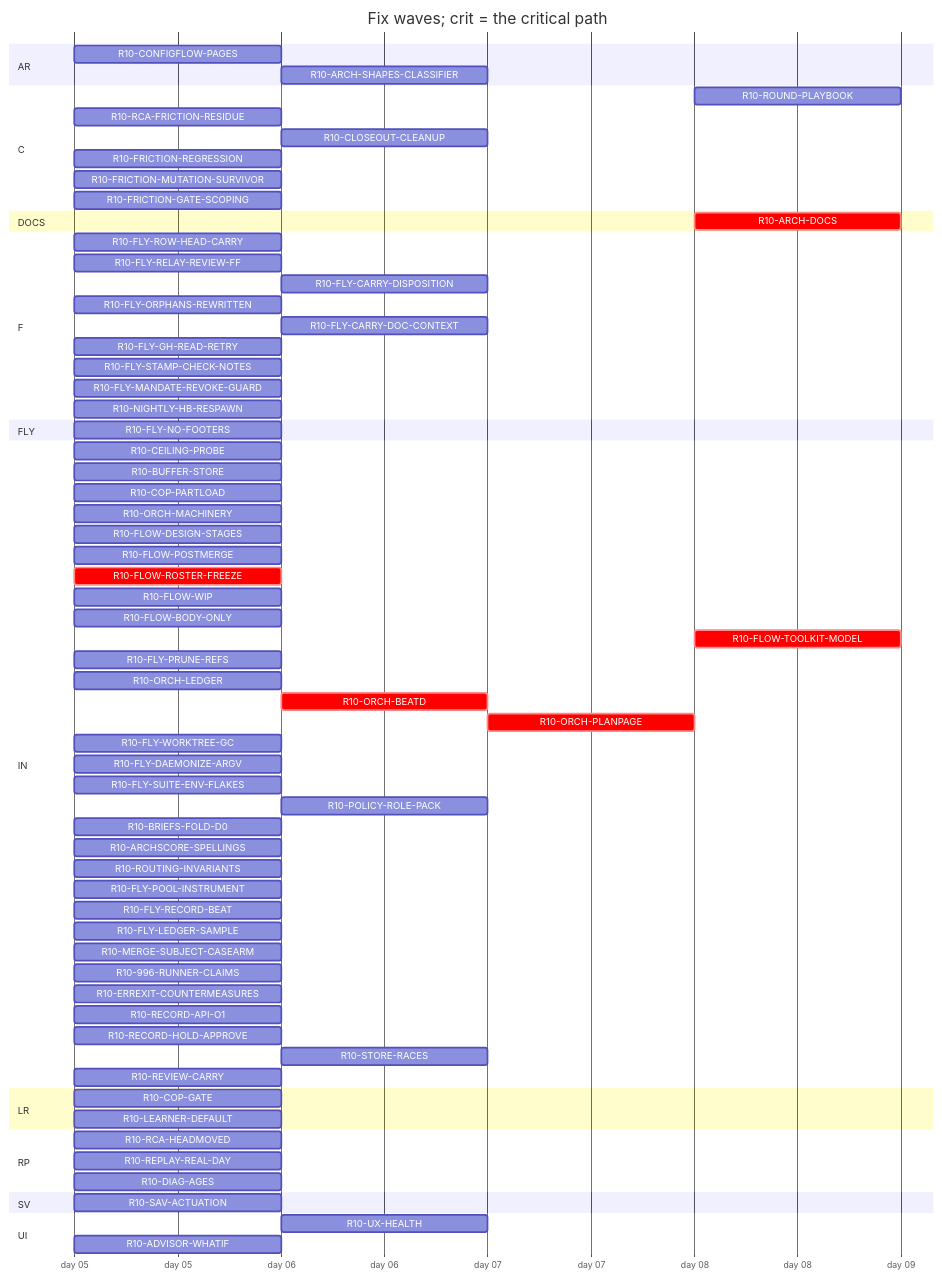
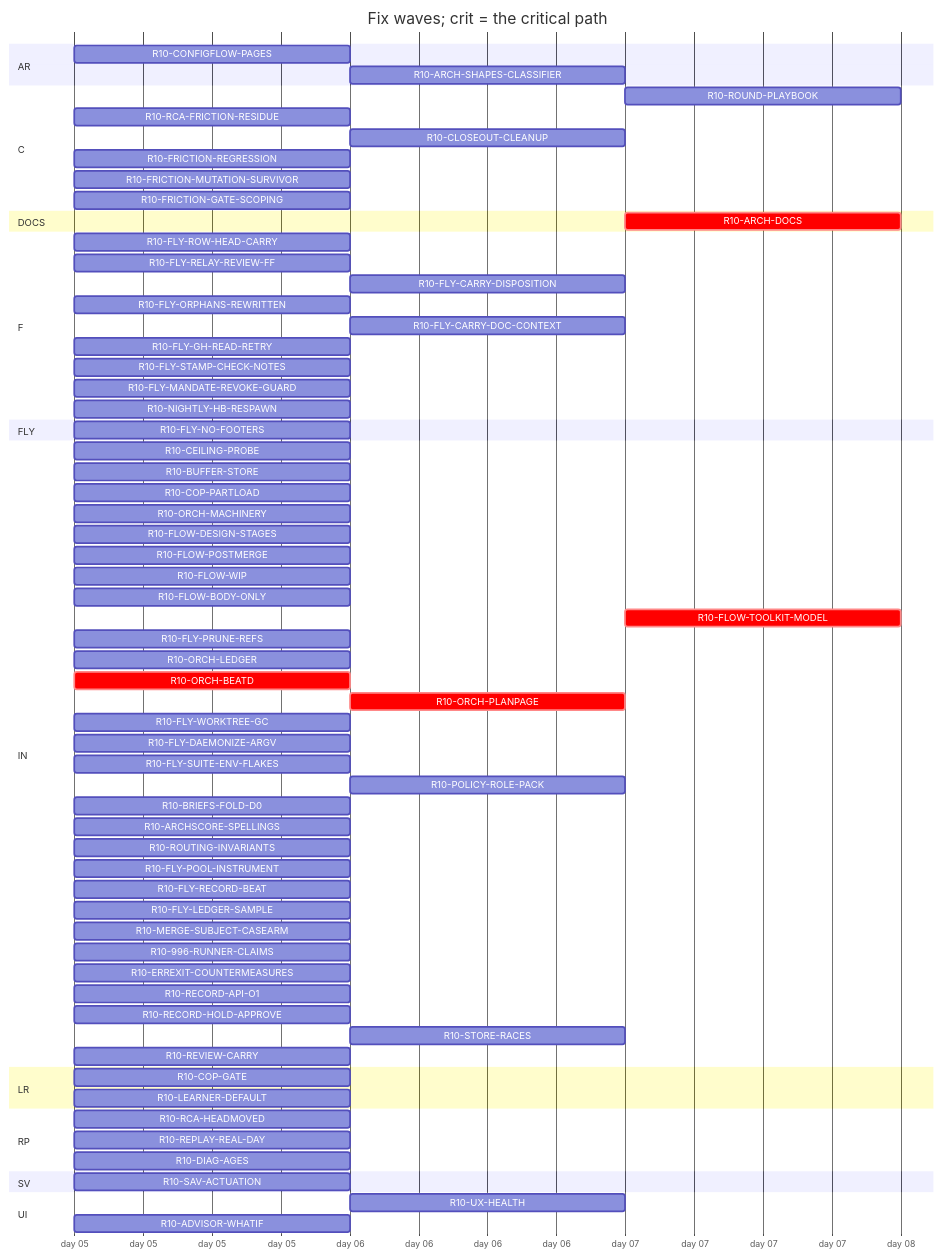
The diagram in handoff/round10/state/PLAN-TABLE.md (tvofi/heatpump_optimizer), drawn with Mermaid before and after one commit. The commit also changed other lines of this file and 3 other files, not shown here.

Commit message:
state: FLOW-BOARD.md, NEXT-SESSION-PROMPT.md, PLAN-TABLE.md, RESUME-CURRENT.md regenerated (state_docs.py)

````diff
--- a/handoff/round10/state/PLAN-TABLE.md
+++ b/handoff/round10/state/PLAN-TABLE.md
@@ -23,74 +23,73 @@
 ```mermaid
 gantt
   title Fix waves; crit = the critical path
   dateFormat YYYY-MM-DD
   axisFormat day %d
   section AR
     R10-CONFIGFLOW-PAGES :r10CONFIGFLOWPAGES, 2026-01-05, 1d
     R10-ARCH-SHAPES-CLASSIFIER :r10ARCHSHAPESCLASSIFIER, after r10996RUNNERCLAIMS, 1d
   section C
-    R10-ROUND-PLAYBOOK :r10ROUNDPLAYBOOK, after r10ORCHLEDGER r10ORCHBEATD r10ORCHPLANPAGE r10FLYRELAYREVIEWFF r10FLOWROSTERFREEZE r10FLOWBODYONLY, 1d
+    R10-ROUND-PLAYBOOK :r10ROUNDPLAYBOOK, after r10ORCHLEDGER r10ORCHBEATD r10ORCHPLANPAGE r10FLYRELAYREVIEWFF r10FLOWBODYONLY, 1d
     R10-RCA-FRICTION-RESIDUE :r10RCAFRICTIONRESIDUE, 2026-01-05, 1d
     R10-CLOSEOUT-CLEANUP :r10CLOSEOUTCLEANUP, after r10FLYPRUNEREFS r10FLYWORKTREEGC, 1d
     R10-FRICTION-REGRESSION :r10FRICTIONREGRESSION, 2026-01-05, 1d
     R10-FRICTION-MUTATION-SURVIVOR :r10FRICTIONMUTATIONSURVIVOR, 2026-01-05, 1d
     R10-FRICTION-GATE-SCOPING :r10FRICTIONGATESCOPING, 2026-01-05, 1d
   section DOCS
-    R10-ARCH-DOCS :crit, r10ARCHDOCS, after r10COPGATE r10UXHEALTH r10CONFIGFLOWPAGES r10RCAHEADMOVED r10CEILINGPROBE r10BUFFERSTORE r10COPPARTLOAD r10LEARNERDEFAULT r10FLOWDESIGNSTAGES r10FLOWPOSTMERGE r10FLOWROSTERFREEZE r10FLOWWIP r10FLOWBODYONLY r10FLYROWHEADCARRY r10FLYRELAYREVIEWFF r10FLYCARRYDISPOSITION r10FLYORPHANSREWRITTEN r10FLYCARRYDOCCONTEXT r10FLOWTOOLKITMODEL r10FLYSTAMPCHECKNOTES r10FLYMANDATEREVOKEGUARD r10RCAFRICTIONRESIDUE r10NIGHTLYHBRESPAWN r10FLYPRUNEREFS r10ORCHLEDGER r10ORCHBEATD r10ORCHPLANPAGE r10FLYWORKTREEGC r10FLYDAEMONIZEARGV r10POLICYROLEPACK r10BRIEFSFOLDD0 r10REPLAYREALDAY r10ARCHSCORESPELLINGS r10SAVACTUATION r10FLYLEDGERSAMPLE, 1d
+    R10-ARCH-DOCS :crit, r10ARCHDOCS, after r10COPGATE r10UXHEALTH r10CONFIGFLOWPAGES r10RCAHEADMOVED r10CEILINGPROBE r10BUFFERSTORE r10COPPARTLOAD r10LEARNERDEFAULT r10FLOWDESIGNSTAGES r10FLOWPOSTMERGE r10FLOWWIP r10FLOWBODYONLY r10FLYROWHEADCARRY r10FLYRELAYREVIEWFF r10FLYCARRYDISPOSITION r10FLYORPHANSREWRITTEN r10FLYCARRYDOCCONTEXT r10FLOWTOOLKITMODEL r10FLYSTAMPCHECKNOTES r10FLYMANDATEREVOKEGUARD r10RCAFRICTIONRESIDUE r10NIGHTLYHBRESPAWN r10FLYPRUNEREFS r10ORCHLEDGER r10ORCHBEATD r10ORCHPLANPAGE r10FLYWORKTREEGC r10FLYDAEMONIZEARGV r10POLICYROLEPACK r10BRIEFSFOLDD0 r10REPLAYREALDAY r10ARCHSCORESPELLINGS r10SAVACTUATION r10FLYLEDGERSAMPLE, 1d
   section F
     R10-FLY-ROW-HEAD-CARRY :r10FLYROWHEADCARRY, 2026-01-05, 1d
     R10-FLY-RELAY-REVIEW-FF :r10FLYRELAYREVIEWFF, 2026-01-05, 1d
     R10-FLY-CARRY-DISPOSITION :r10FLYCARRYDISPOSITION, after r10FLYORPHANSREWRITTEN, 1d
     R10-FLY-ORPHANS-REWRITTEN :r10FLYORPHANSREWRITTEN, 2026-01-05, 1d
     R10-FLY-CARRY-DOC-CONTEXT :r10FLYCARRYDOCCONTEXT, after r10FLYGHREADRETRY, 1d
     R10-FLY-GH-READ-RETRY :r10FLYGHREADRETRY, 2026-01-05, 1d
     R10-FLY-STAMP-CHECK-NOTES :r10FLYSTAMPCHECKNOTES, 2026-01-05, 1d
     R10-FLY-MANDATE-REVOKE-GUARD :r10FLYMANDATEREVOKEGUARD, 2026-01-05, 1d
     R10-NIGHTLY-HB-RESPAWN :r10NIGHTLYHBRESPAWN, 2026-01-05, 1d
   section FLY
     R10-FLY-NO-FOOTERS :r10FLYNOFOOTERS, 2026-01-05, 1d
   section IN
     R10-CEILING-PROBE :r10CEILINGPROBE, 2026-01-05, 1d
     R10-BUFFER-STORE :r10BUFFERSTORE, 2026-01-05, 1d
     R10-COP-PARTLOAD :r10COPPARTLOAD, 2026-01-05, 1d
     R10-ORCH-MACHINERY :r10ORCHMACHINERY, 2026-01-05, 1d
     R10-FLOW-DESIGN-STAGES :r10FLOWDESIGNSTAGES, 2026-01-05, 1d
     R10-FLOW-POSTMERGE :r10FLOWPOSTMERGE, 2026-01-05, 1d
-    R10-FLOW-ROSTER-FREEZE :crit, r10FLOWROSTERFREEZE, 2026-01-05, 1d
     R10-FLOW-WIP :r10FLOWWIP, 2026-01-05, 1d
     R10-FLOW-BODY-ONLY :r10FLOWBODYONLY, 2026-01-05, 1d
     R10-FLOW-TOOLKIT-MODEL :crit, r10FLOWTOOLKITMODEL, after r10ORCHPLANPAGE, 1d
     R10-FLY-PRUNE-REFS :r10FLYPRUNEREFS, 2026-01-05, 1d
     R10-ORCH-LEDGER :r10ORCHLEDGER, 2026-01-05, 1d
-    R10-ORCH-BEATD :crit, r10ORCHBEATD, after r10FLOWROSTERFREEZE, 1d
+    R10-ORCH-BEATD :crit, r10ORCHBEATD, 2026-01-05, 1d
     R10-ORCH-PLANPAGE :crit, r10ORCHPLANPAGE, after r10ORCHBEATD, 1d
     R10-FLY-WORKTREE-GC :r10FLYWORKTREEGC, 2026-01-05, 1d
     R10-FLY-DAEMONIZE-ARGV :r10FLYDAEMONIZEARGV, 2026-01-05, 1d
     R10-FLY-SUITE-ENV-FLAKES :r10FLYSUITEENVFLAKES, 2026-01-05, 1d
     R10-POLICY-ROLE-PACK :r10POLICYROLEPACK, after r10FLOWDESIGNSTAGES, 1d
     R10-BRIEFS-FOLD-D0 :r10BRIEFSFOLDD0, 2026-01-05, 1d
     R10-ARCHSCORE-SPELLINGS :r10ARCHSCORESPELLINGS, 2026-01-05, 1d
     R10-ROUTING-INVARIANTS :r10ROUTINGINVARIANTS, 2026-01-05, 1d
     R10-FLY-POOL-INSTRUMENT :r10FLYPOOLINSTRUMENT, 2026-01-05, 1d
     R10-FLY-RECORD-BEAT :r10FLYRECORDBEAT, 2026-01-05, 1d
     R10-FLY-LEDGER-SAMPLE :r10FLYLEDGERSAMPLE, 2026-01-05, 1d
     R10-MERGE-SUBJECT-CASEARM :r10MERGESUBJECTCASEARM, 2026-01-05, 1d
     R10-996-RUNNER-CLAIMS :r10996RUNNERCLAIMS, 2026-01-05, 1d
     R10-ERREXIT-COUNTERMEASURES :r10ERREXITCOUNTERMEASURES, 2026-01-05, 1d
     R10-RECORD-API-O1 :r10RECORDAPIO1, 2026-01-05, 1d
     R10-RECORD-HOLD-APPROVE :r10RECORDHOLDAPPROVE, 2026-01-05, 1d
     R10-STORE-RACES :r10STORERACES, after r10BUFFERSTORE, 1d
     R10-REVIEW-CARRY :r10REVIEWCARRY, 2026-01-05, 1d
   section LR
     R10-COP-GATE :r10COPGATE, 2026-01-05, 1d
     R10-LEARNER-DEFAULT :r10LEARNERDEFAULT, 2026-01-05, 1d
   section RP
     R10-RCA-HEADMOVED :r10RCAHEADMOVED, 2026-01-05, 1d
     R10-REPLAY-REAL-DAY :r10REPLAYREALDAY, 2026-01-05, 1d
     R10-DIAG-AGES :r10DIAGAGES, 2026-01-05, 1d
   section SV
     R10-SAV-ACTUATION :r10SAVACTUATION, 2026-01-05, 1d
   section UI
     R10-UX-HEALTH :r10UXHEALTH, after r10COPGATE, 1d
     R10-ADVISOR-WHATIF :r10ADVISORWHATIF, 2026-01-05, 1d
 ```
````
